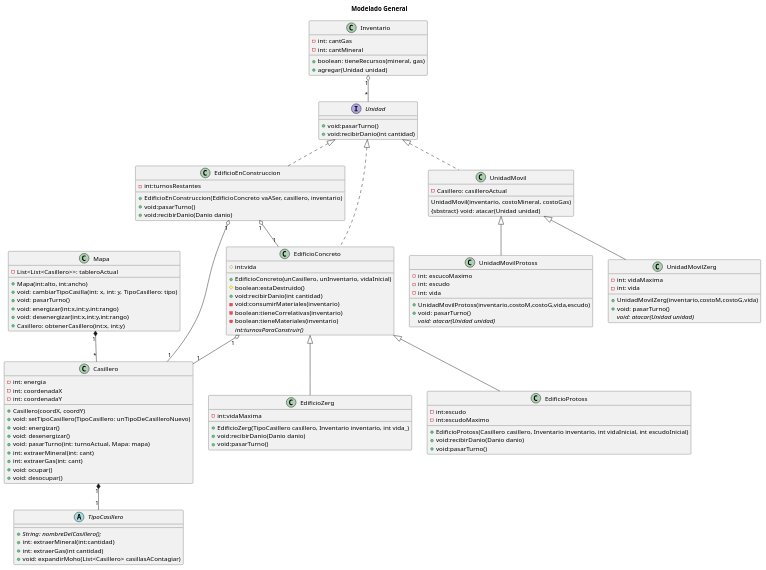
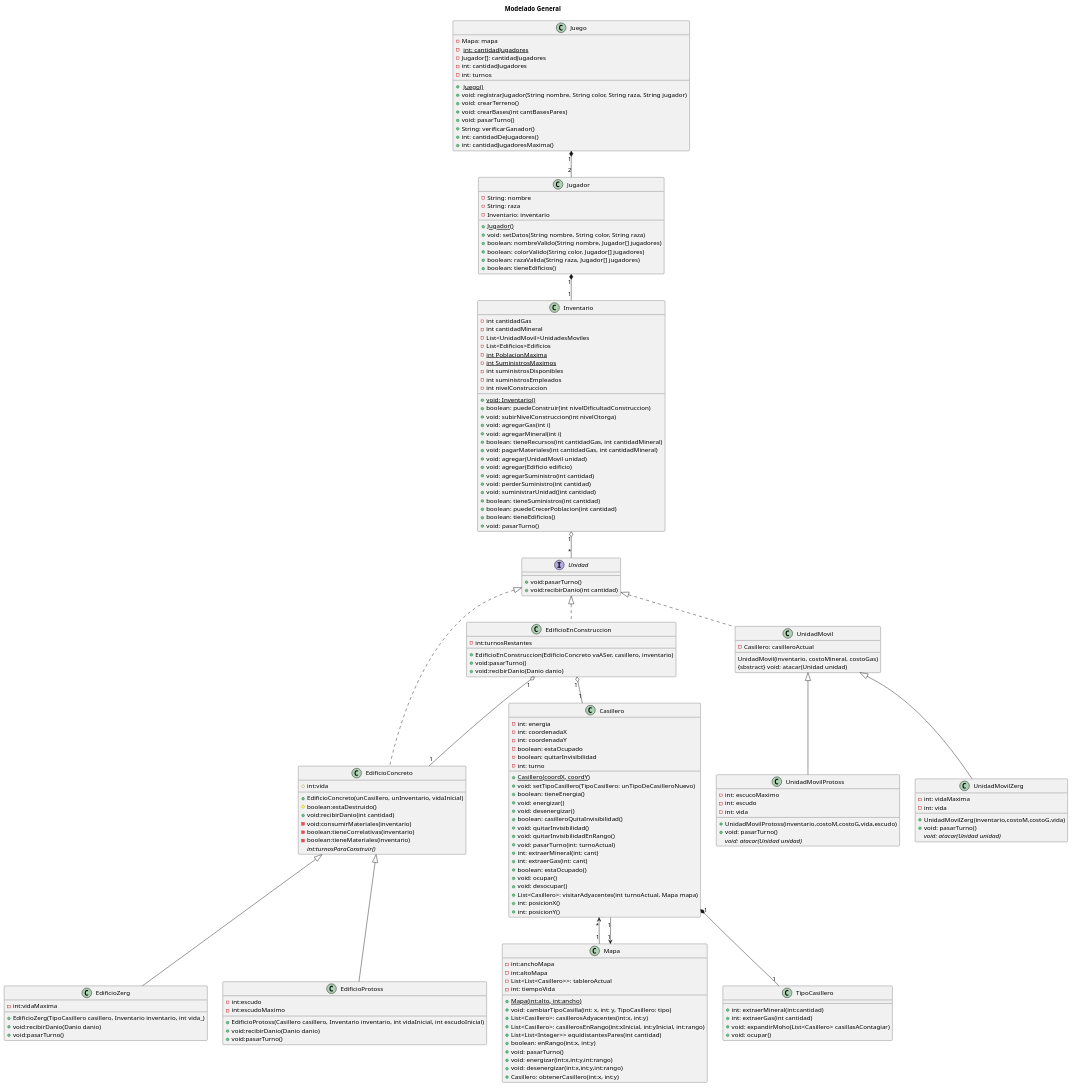
Before and after one commit to m-cabrerar/AlgoStar: the diagram in diagrams/classes/modeloGeneral.plantuml, drawn with PlantUML. The commit also changed 3 other files, not shown here.

Commit message:
UML juego,jugador,inventario

```diff
--- a/diagrams/classes/modeloGeneral.plantuml
+++ b/diagrams/classes/modeloGeneral.plantuml
@@ -1,121 +1,199 @@
 @startuml
 title Modelado General
+class Inventario {
+-int cantidadGas
+-int cantidadMineral
+-List<UnidadMovil>UnidadesMoviles
+-List<Edificios>Edificios
+-<u>int PoblacionMaxima
+-<u>int SuministrosMaximos
+-int suministrosDisponibles
+-int suministrosEmpleados
+-int nivelConstruccion
+
++<u>void: Inventario()
++boolean: puedeConstruir(int nivelDificultadConstruccion)
++void: subirNivelConstruccion(int nivelOtorga)
++void: agregarGas(int i)
++void: agregarMineral(int i)
++boolean: tieneRecursos(int cantidadGas, int cantidadMineral)
++void: pagarMateriales(int cantidadGas, int cantidadMineral)
++void: agregar(UnidadMovil unidad)
++void: agregar(Edificio edificio)
++void: agregarSuministro(int cantidad)
++void: perderSuministro(int cantidad)
++void: suministrarUnidad((int cantidad)
++boolean: tieneSuministros(int cantidad)
++boolean: puedeCrecerPoblacion(int cantidad)
++boolean: tieneEdificios()
++void: pasarTurno()
+}
 
 class Mapa {
+    -int:anchoMapa
+    -int:altoMapa
     -List<List<Casillero>>: tableroActual
-    +Mapa(int:alto, int:ancho)
+    -int: tiempoVida
+
+    +<u>Mapa(int:alto, int:ancho)
     +void: cambiarTipoCasilla(int: x, int: y, TipoCasillero: tipo)
+    +List<Casillero>: casillerosAdyacentes(int:x, int:y)
+    +List<Casillero>: casillerosEnRango(int:xInicial, int:yInicial, int:rango)
+    +List<List<Integer>> equidistantesPares(int cantidad)
+    +boolean: enRango(int:x, int:y)
     +void: pasarTurno()
     +void: energizar(int:x,int:y,int:rango)
     +void: desenergizar(int:x,int:y,int:rango)
     +Casillero: obtenerCasillero(int:x, int:y)
 }
 
 class Casillero {
  /'- TipoCasillero: tipoCasillero'/
- - int: energia
+- int: energia
  - int: coordenadaX
  - int: coordenadaY
- + Casillero(coordX, coordY)
+ - boolean: estaOcupado
+ - boolean: quitarInvisibilidad
+ - int: turno
+
+ + <u>Casillero(coordX, coordY)
  + void: setTipoCasillero(TipoCasillero: unTipoDeCasilleroNuevo)
+ + boolean: tieneEnergia()
  + void: energizar()
  + void: desenergizar()
- + void: pasarTurno(int: turnoActual, Mapa: mapa)
+ + boolean: casilleroQuitaInvisibilidad()
+ + void: quitarInvisibilidad()
+ + void: quitarInvisibilidadEnRango()
+ + void: pasarTurno(int: turnoActual)
  + int: extraerMineral(int: cant)
  + int: extraerGas(int: cant)
+ + boolean: estaOcupado()
  + void: ocupar()
  + void: desocupar()
+ + List<Casillero>: visitarAdyacentes(int turnoActual, Mapa mapa)
+ + int: posicionX()
+ + int: posicionY()
 }
 
-abstract class TipoCasillero{
- + {abstract}String: nombreDelCasillero();
+class TipoCasillero{
  + int: extraerMineral(int:cantidad)
  + int: extraerGas(int cantidad)
  + void: expandirMoho(List<Casillero> casillasAContagiar)
+ + void: ocupar()
 }
 
 interface Unidad {
  + void:pasarTurno()
  + void:recibirDanio(int cantidad)
 }
 
 class EdificioConcreto {
  # int:vida
  /'# Casillero:casillero'/
  + EdificioConcreto(unCasillero, unInventario, vidaInicial)
  # boolean:estaDestruido()
  + void:recibirDanio(int cantidad)
  - void:consumirMateriales(inventario)
  - boolean:tieneCorrelativas(inventario)
  - boolean:tieneMateriales(inventario)
  {abstract} int:turnosParaConstruir()
 }
 
 class EdificioEnConstruccion{
  /'- Unidad:vaASer'/
  /'- Casillero:casillero'/
  - int:turnosRestantes
  + EdificioEnConstruccion(EdificioConcreto vaASer, casillero, inventario)
  + void:pasarTurno()
  + void:recibirDanio(Danio danio)
 }
 
 class EdificioZerg{
  - int:vidaMaxima
  + EdificioZerg(TipoCasillero casillero, Inventario inventario, int vida_)
  + void:recibirDanio(Danio danio)
  + void:pasarTurno()
 }
 
 class EdificioProtoss{
  - int:escudo
  - int:escudoMaximo
  + EdificioProtoss(Casillero casillero, Inventario inventario, int vidaInicial, int escudoInicial)
  + void:recibirDanio(Danio danio)
  + void:pasarTurno()
 }
 
-class Inventario {
- - int: cantGas
- - int: cantMineral
- + boolean: tieneRecursos(mineral, gas)
- + agregar(Unidad unidad)
-}
 
 class UnidadMovil {
  - Casillero: casilleroActual
  UnidadMovil(inventario, costoMineral, costoGas)
  {sbstract} void: atacar(Unidad unidad)
 }
 
 class UnidadMovilProtoss {
  - int: escucoMaximo
  - int: escudo
  - int: vida
  + UnidadMovilProtoss(inventario,costoM,costoG,vida,escudo)
  + void: pasarTurno()
  {abstract}void: atacar(Unidad unidad)
 }
 
 class UnidadMovilZerg{
  - int: vidaMaxima
  - int: vida
  + UnidadMovilZerg(inventario,costoM,costoG,vida)
  + void: pasarTurno()
  {abstract}void: atacar(Unidad unidad)
 }
 
+class Jugador {
+    -String: nombre
+    -String: raza
+    -Inventario: inventario
+
+    +<u>Jugador()
+    +void: setDatos(String nombre, String color, String raza)
+    +boolean: nombreValido(String nombre, Jugador[] jugadores)
+    +boolean: colorValido(String color, Jugador[] jugadores)
+    +boolean: razaValida(String raza, Jugador[] jugadores)
+    +boolean: tieneEdificios()
+
+}
+
+class Juego {
+- Mapa: mapa
+- <u> int: cantidadJugadores
+- Jugador[]: cantidadJugadores
+- int: cantidadJugadores
+- int: turnos
+
++<u> Juego()
++ void: registrarJugador(String nombre, String color, String raza, String jugador)
++ void: crearTerreno()
++ void: crearBases(int cantBasesPares)
++ void: pasarTurno()
++ String: verificarGanador()
++ int: cantidadDeJugadores()
++ int: cantidadJugadoresMaxima()
+}
+
+
 Unidad <|.. EdificioConcreto
 Unidad <|.. EdificioEnConstruccion
 EdificioConcreto <|-- EdificioZerg
 EdificioConcreto <|-- EdificioProtoss
 EdificioEnConstruccion "1" o-- "1" EdificioConcreto
 EdificioEnConstruccion "1" o-- "1" Casillero
-EdificioConcreto "1" o-- "1" Casillero
-Mapa "1" *-- "*" Casillero
+
+Juego "1" *-- "2" Jugador
+Jugador "1" *-- "1"Inventario
+Mapa "1" <-- "1" Casillero
+Casillero "*" <-- "1" Mapa
 Casillero "1" *-- "1" TipoCasillero
+
 Inventario "1" o-- "*" Unidad
 Unidad <|.. UnidadMovil
 UnidadMovil <|-- UnidadMovilProtoss
 UnidadMovil <|-- UnidadMovilZerg
 @enduml
```
